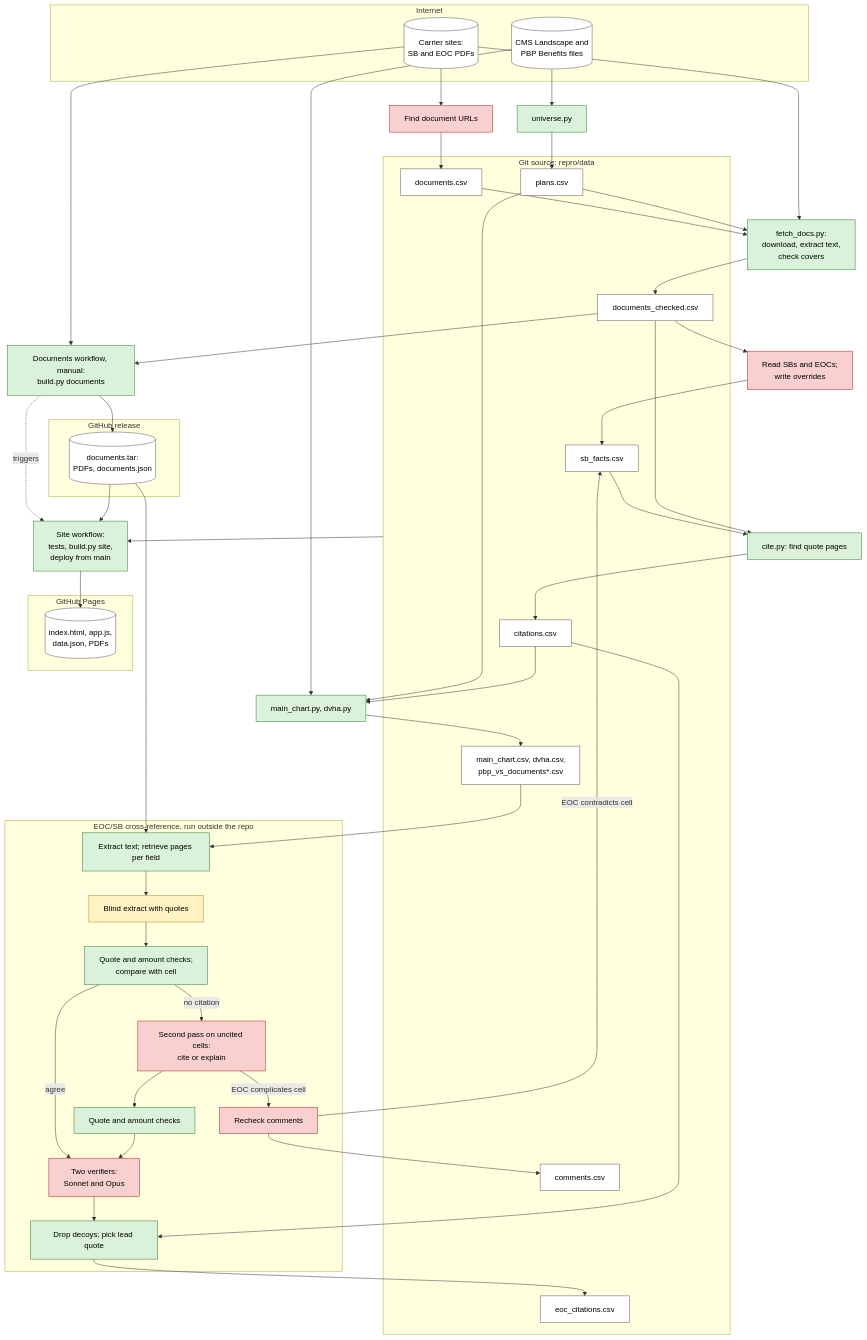
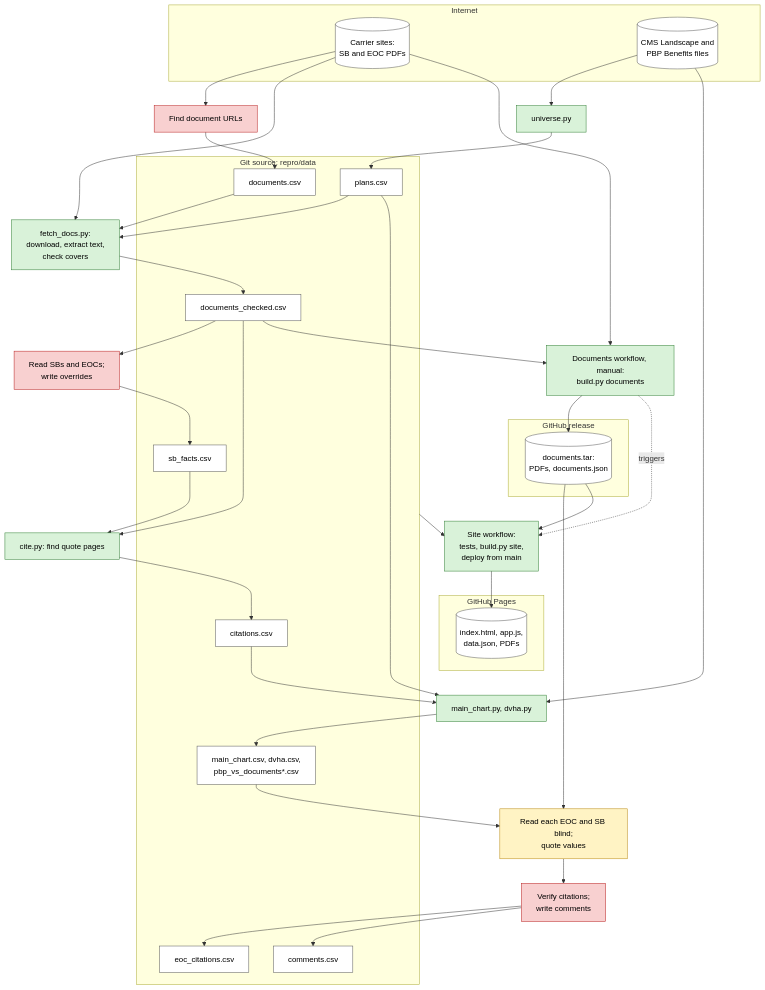
The diagram in docs/pipeline.md (rosenhouse-bot-sandbox/shiba-data), drawn with Mermaid before and after one commit. The commit also changed other lines of this file, not shown here.

Commit message:
Collapse the cross-reference steps in the pipeline diagram
Claude-Session: https://claude.ai/code/session_01XJNHFwQaL9GbaMg19csXN6

````diff
--- a/docs/pipeline.md
+++ b/docs/pipeline.md
@@ -3,72 +3,59 @@
 ```mermaid
 flowchart TB
   classDef det fill:#d9f2d9,stroke:#2e7d32,color:#000
   classDef cheap fill:#fff3c4,stroke:#b8860b,color:#000
   classDef heavy fill:#f8d0d0,stroke:#b71c1c,color:#000
   classDef state fill:#fff,stroke:#555,color:#000
 
   subgraph external [Internet]
     carriers[(Carrier sites:<br>SB and EOC PDFs)]:::state
     cms[(CMS Landscape and<br>PBP Benefits files)]:::state
   end
 
   subgraph git [Git source: repro/data]
     documents[documents.csv]:::state
     plans[plans.csv]:::state
     checked[documents_checked.csv]:::state
     facts[sb_facts.csv]:::state
     citations[citations.csv]:::state
     sheets[main_chart.csv, dvha.csv,<br>pbp_vs_documents*.csv]:::state
     eoccites[eoc_citations.csv]:::state
     comments[comments.csv]:::state
   end
 
   subgraph release [GitHub release]
     tar[(documents.tar:<br>PDFs, documents.json)]:::state
   end
 
   subgraph web [GitHub Pages]
     site[(index.html, app.js,<br>data.json, PDFs)]:::state
   end
 
   findurls[Find document URLs]:::heavy
   universe[universe.py]:::det
   fetch[fetch_docs.py:<br>download, extract text,<br>check covers]:::det
   review[Read SBs and EOCs;<br>write overrides]:::heavy
   cite[cite.py: find quote pages]:::det
   gen[main_chart.py, dvha.py]:::det
 
   carriers --> findurls --> documents
   cms --> universe --> plans
   documents & plans --> fetch --> checked
   carriers --> fetch
   checked --> review --> facts
   facts & checked --> cite --> citations
   cms & plans & citations --> gen --> sheets
 
-  subgraph xref [EOC/SB cross-reference, run outside the repo]
-    retrieve[Extract text; retrieve pages per field]:::det
-    extract[Blind extract with quotes]:::cheap
-    validate[Quote and amount checks;<br>compare with cell]:::det
-    second[Second pass on uncited cells:<br>cite or explain]:::heavy
-    recheck[Quote and amount checks]:::det
-    verify[Two verifiers:<br>Sonnet and Opus]:::heavy
-    assemble[Drop decoys; pick lead quote]:::det
-    write[Recheck comments]:::heavy
-  end
+  extract[Read each EOC and SB blind;<br>quote values]:::cheap
+  verify[Verify citations;<br>write comments]:::heavy
 
-  tar & sheets --> retrieve --> extract --> validate
-  validate -- agree --> verify
-  validate -- no citation --> second --> recheck --> verify --> assemble --> eoccites
-  citations --> assemble
-  second -- EOC complicates cell --> write --> comments
-  write -- EOC contradicts cell --> facts
+  tar & sheets --> extract --> verify --> eoccites & comments
 
   docwf[Documents workflow, manual:<br>build.py documents]:::det
   sitewf[Site workflow:<br>tests, build.py site,<br>deploy from main]:::det
 
   checked --> docwf
   carriers --> docwf --> tar
   docwf -. triggers .-> sitewf
   tar & git --> sitewf --> site
 ```
````
